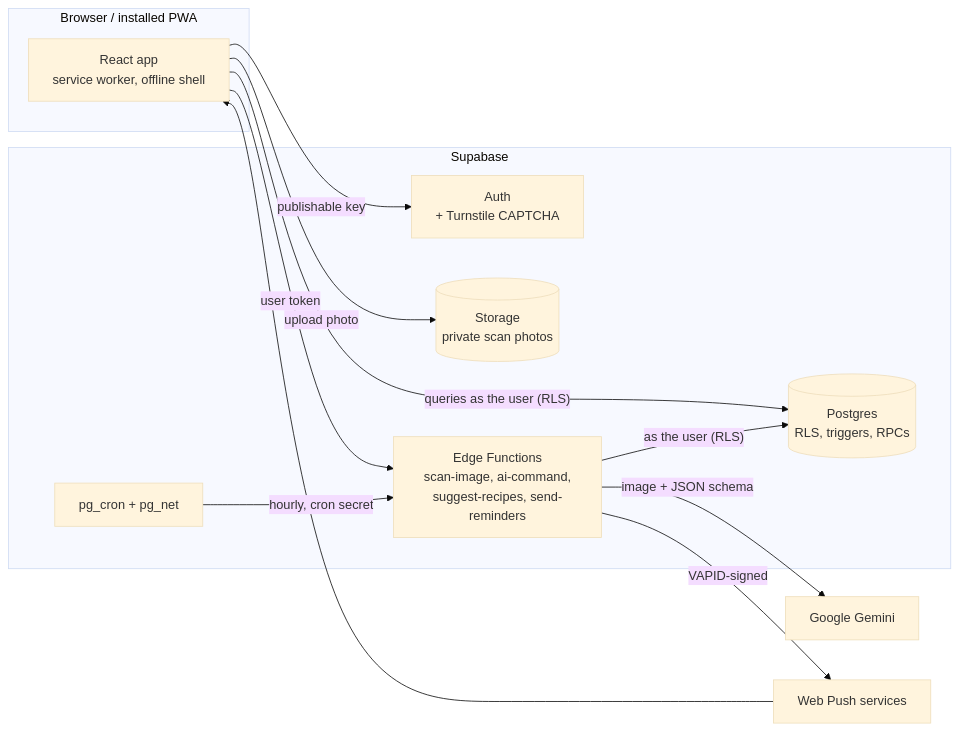
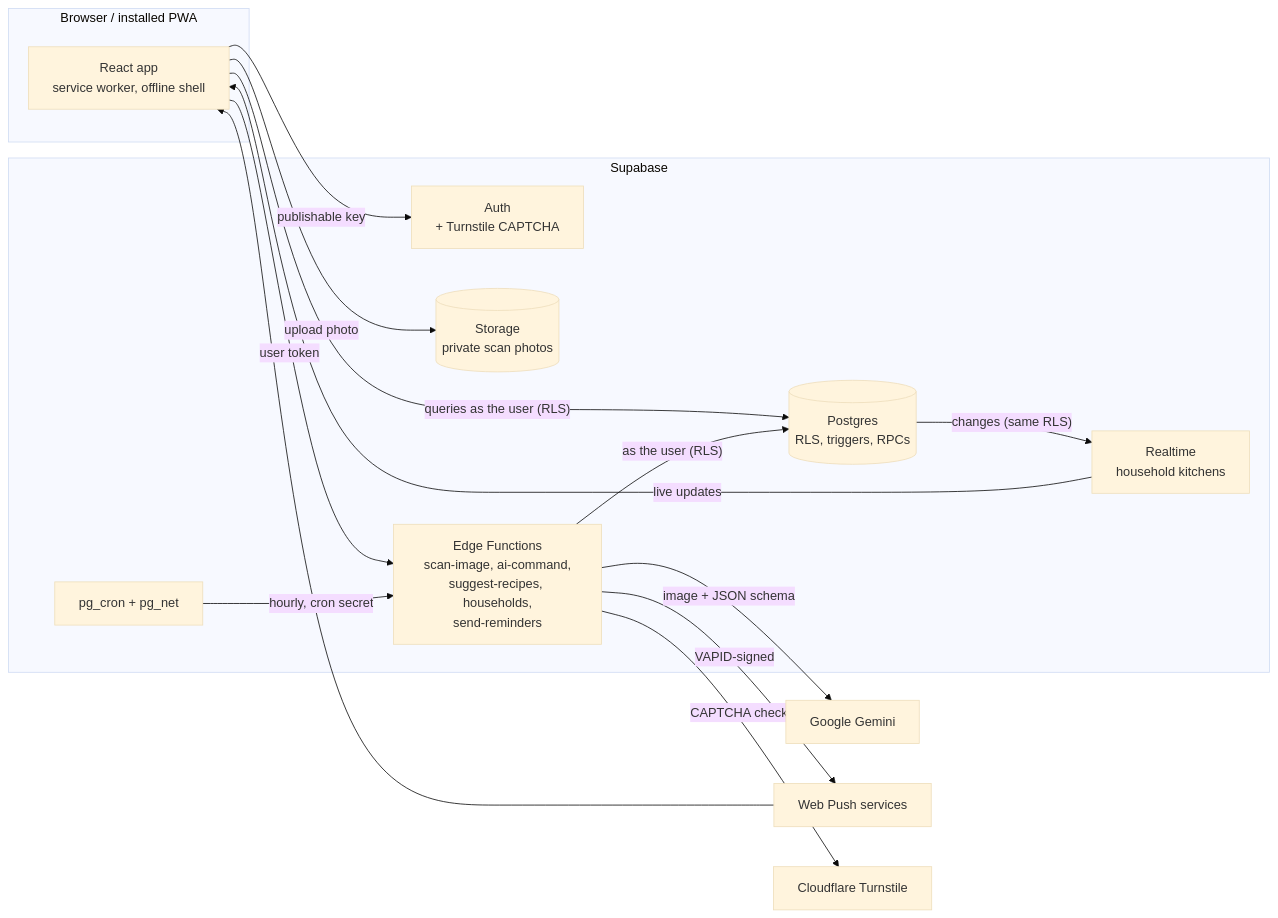
One commit to mole-rat3832/Fridge-Wise changed the diagram in README.md. Above: the diagram before and after it, drawn with Mermaid (base theme). The commit also changed other lines of this file and 37 other files, not shown here.

````diff
--- a/README.md
+++ b/README.md
@@ -74,25 +80,29 @@
 ```mermaid
 flowchart LR
   subgraph Browser["Browser / installed PWA"]
     UI["React app<br/>service worker, offline shell"]
   end
   subgraph Supabase
     Auth["Auth<br/>+ Turnstile CAPTCHA"]
     DB[("Postgres<br/>RLS, triggers, RPCs")]
     Storage[("Storage<br/>private scan photos")]
-    Fn["Edge Functions<br/>scan-image, ai-command,<br/>suggest-recipes, send-reminders"]
+    Fn["Edge Functions<br/>scan-image, ai-command,<br/>suggest-recipes, households,<br/>send-reminders"]
+    RT["Realtime<br/>household kitchens"]
     Cron["pg_cron + pg_net"]
   end
   Gemini["Google Gemini"]
   Push["Web Push services"]
 
   UI -- "publishable key" --> Auth
   UI -- "queries as the user (RLS)" --> DB
   UI -- "upload photo" --> Storage
   UI -- "user token" --> Fn
   Fn -- "image + JSON schema" --> Gemini
+  Fn -- "CAPTCHA check" --> Turnstile["Cloudflare Turnstile"]
+  DB -- "changes (same RLS)" --> RT
+  RT -- "live updates" --> UI
   Fn -- "as the user (RLS)" --> DB
   Cron -- "hourly, cron secret" --> Fn
   Fn -- "VAPID-signed" --> Push
   Push --> UI
 ```
````
